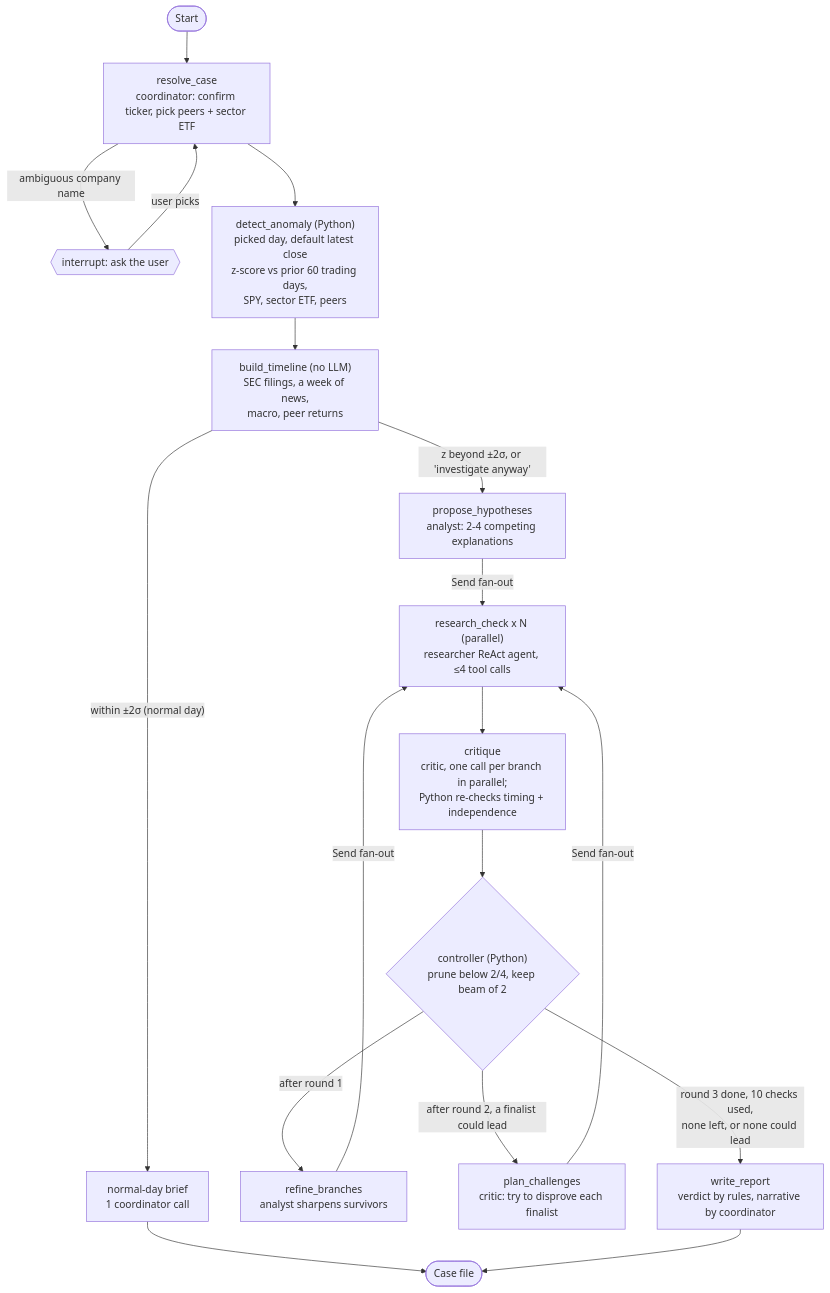
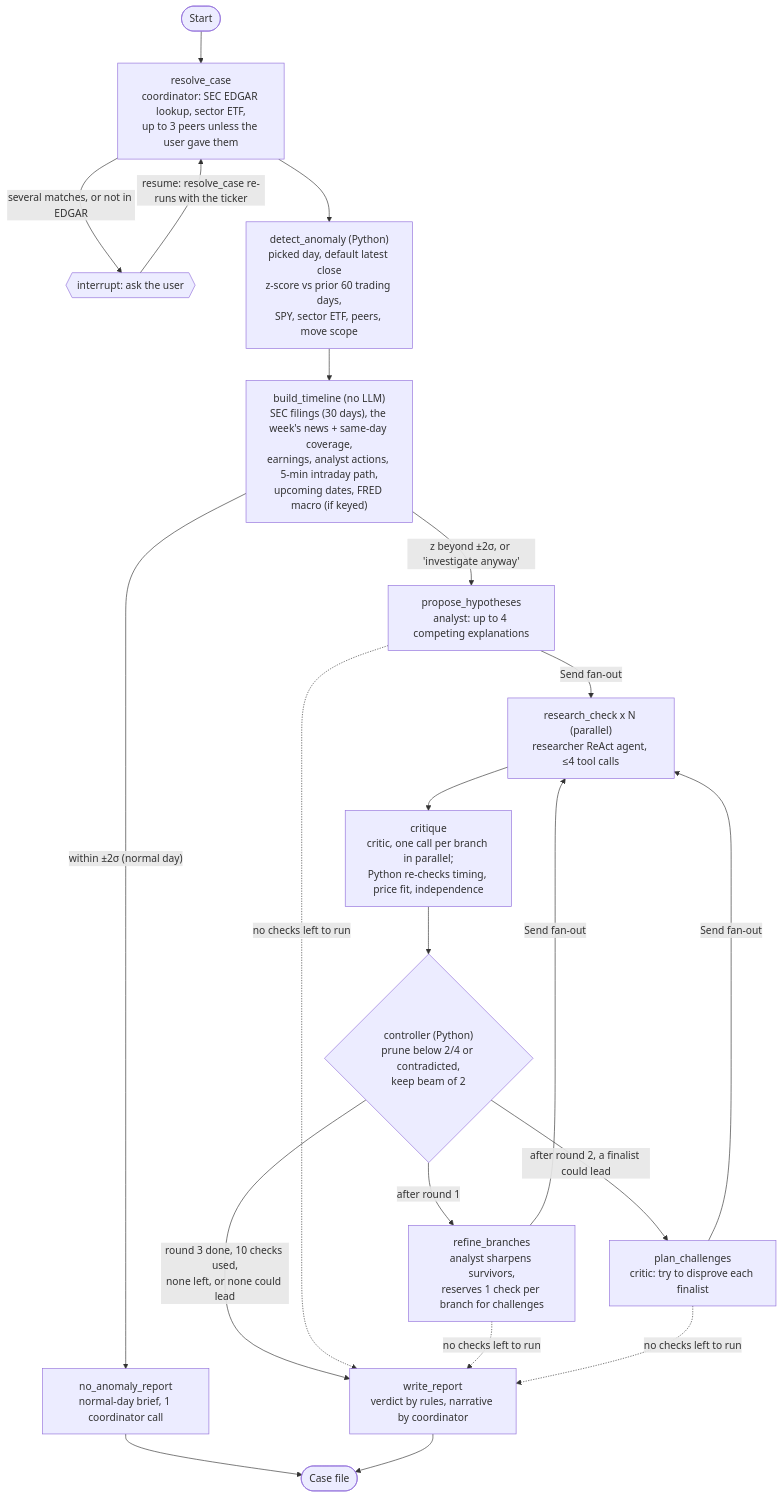
The second of 3 diagrams in docs/architecture.md (waizin28/market-detective-agent), drawn with Mermaid before and after one commit. The commit also changed other lines of this file and 1 other file, not shown here.

First line of the commit message:
Correct architecture diagrams and add a printable PDF

````diff
--- a/docs/architecture.md
+++ b/docs/architecture.md
@@ -68,20 +71,21 @@
 ```mermaid
 flowchart TD
-    S([Start]) --> A["resolve_case<br/>coordinator: confirm ticker, pick peers + sector ETF"]
-    A -->|ambiguous company name| H{{"interrupt: ask the user"}}
-    H -->|user picks| A
-    A --> B["detect_anomaly (Python)<br/>picked day, default latest close<br/>z-score vs prior 60 trading days,<br/>SPY, sector ETF, peers"]
-    B --> C["build_timeline (no LLM)<br/>SEC filings, a week of news,<br/>macro, peer returns"]
-    C -->|"within ±2σ (normal day)"| N["normal-day brief<br/>1 coordinator call"]
-    C -->|"z beyond ±2σ, or 'investigate anyway'"| D["propose_hypotheses<br/>analyst: 2-4 competing explanations"]
+    S([Start]) --> A["resolve_case<br/>coordinator: SEC EDGAR lookup, sector ETF,<br/>up to 3 peers unless the user gave them"]
+    A -->|"several matches, or not in EDGAR"| H{{"interrupt: ask the user"}}
+    H -->|"resume: resolve_case re-runs with the ticker"| A
+    A --> B["detect_anomaly (Python)<br/>picked day, default latest close<br/>z-score vs prior 60 trading days,<br/>SPY, sector ETF, peers, move scope"]
+    B --> C["build_timeline (no LLM)<br/>SEC filings (30 days), the week's news + same-day coverage,<br/>earnings, analyst actions, 5-min intraday path,<br/>upcoming dates, FRED macro (if keyed)"]
+    C -->|"within ±2σ (normal day)"| N["no_anomaly_report<br/>normal-day brief, 1 coordinator call"]
+    C -->|"z beyond ±2σ, or 'investigate anyway'"| D["propose_hypotheses<br/>analyst: up to 4 competing explanations"]
     D -->|Send fan-out| R["research_check x N (parallel)<br/>researcher ReAct agent, ≤4 tool calls"]
-    R --> E["critique<br/>critic, one call per branch in parallel;<br/>Python re-checks timing + independence"]
-    E --> F{"controller (Python)<br/>prune below 2/4, keep beam of 2"}
-    F -->|after round 1| G["refine_branches<br/>analyst sharpens survivors"]
+    R --> E["critique<br/>critic, one call per branch in parallel;<br/>Python re-checks timing, price fit, independence"]
+    E --> F{"controller (Python)<br/>prune below 2/4 or contradicted,<br/>keep beam of 2"}
+    F -->|after round 1| G["refine_branches<br/>analyst sharpens survivors,<br/>reserves 1 check per branch for challenges"]
     G -->|Send fan-out| R
     F -->|"after round 2, a finalist could lead"| I["plan_challenges<br/>critic: try to disprove each finalist"]
     I -->|Send fan-out| R
     F -->|"round 3 done, 10 checks used,<br/>none left, or none could lead"| W["write_report<br/>verdict by rules, narrative by coordinator"]
+    D & G & I -.->|"no checks left to run"| W
     N --> X([Case file])
     W --> X
 ```
````
